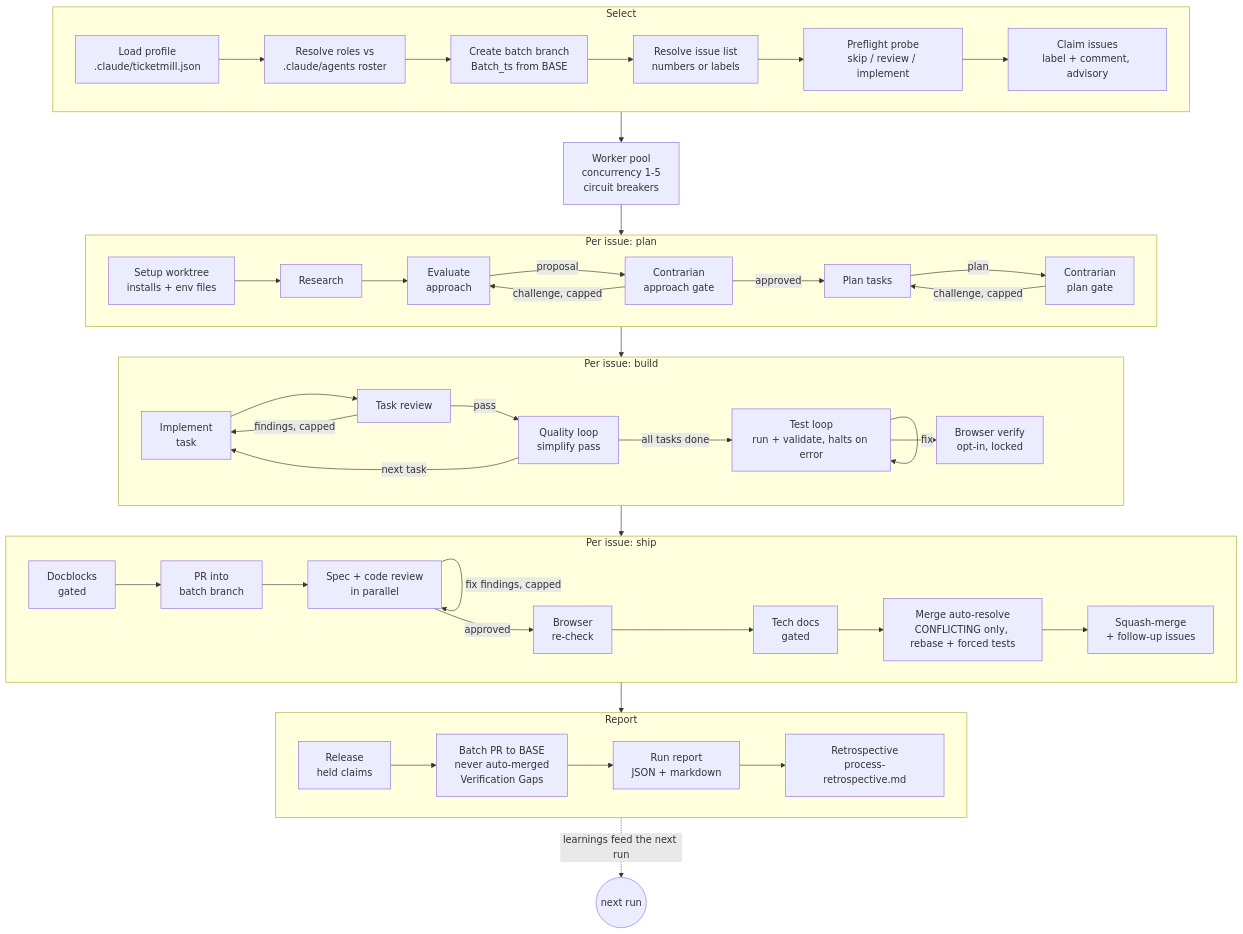
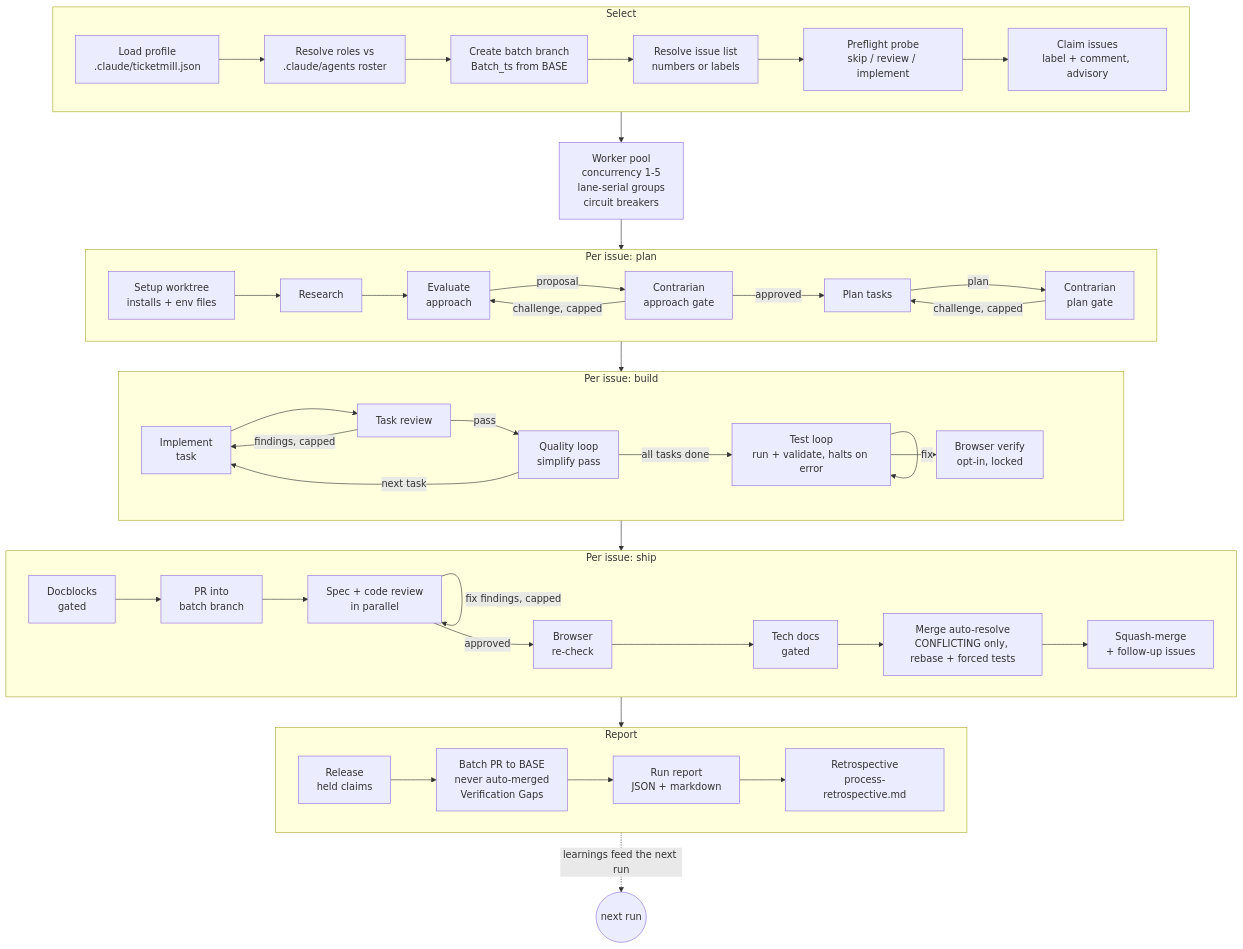
One commit to aaddrick/ticketmill changed the diagram in docs/ARCHITECTURE.md. Above: the diagram before and after it, drawn with Mermaid. The commit also changed other lines of this file and 7 other files, not shown here.

````diff
--- a/docs/ARCHITECTURE.md
+++ b/docs/ARCHITECTURE.md
@@ -9,51 +9,51 @@
 ```mermaid
 flowchart TD
     subgraph SEL["Select"]
         direction LR
         P["Load profile<br/>.claude/ticketmill.json"] --> D["Resolve roles vs<br/>.claude/agents roster"] --> B["Create batch branch<br/>Batch_ts from BASE"] --> I["Resolve issue list<br/>numbers or labels"] --> F["Preflight probe<br/>skip / review / implement"] --> C["Claim issues<br/>label + comment, advisory"]
     end
 
-    SEL --> POOL["Worker pool<br/>concurrency 1-5<br/>circuit breakers"]
+    SEL --> POOL["Worker pool<br/>concurrency 1-5<br/>lane-serial groups<br/>circuit breakers"]
     POOL --> PLAN
 
     subgraph PLAN["Per issue: plan"]
         direction LR
         S["Setup worktree<br/>installs + env files"] --> R["Research"] --> E["Evaluate<br/>approach"]
         E -->|proposal| CA["Contrarian<br/>approach gate"]
         CA -->|"challenge, capped"| E
         CA -->|approved| PL["Plan tasks"]
         PL -->|plan| CP["Contrarian<br/>plan gate"]
         CP -->|"challenge, capped"| PL
     end
 
     PLAN --> BUILD
 
     subgraph BUILD["Per issue: build"]
         direction LR
         IM["Implement<br/>task"] --> TR["Task review"]
         TR -->|"findings, capped"| IM
         TR -->|pass| QL["Quality loop<br/>simplify pass"]
         QL -->|"next task"| IM
         QL -->|"all tasks done"| TL["Test loop<br/>run + validate, halts on error"]
         TL -->|fix| TL
         TL --> BW["Browser verify<br/>opt-in, locked"]
     end
 
     BUILD --> SHIP
 
     subgraph SHIP["Per issue: ship"]
         direction LR
         DB["Docblocks<br/>gated"] --> PR["PR into<br/>batch branch"] --> RV["Spec + code review<br/>in parallel"]
         RV -->|"fix findings, capped"| RV
         RV -->|approved| BW2["Browser<br/>re-check"] --> TDOC["Tech docs<br/>gated"] --> MAR["Merge auto-resolve<br/>CONFLICTING only, rebase + forced tests"] --> MG["Squash-merge<br/>+ follow-up issues"]
     end
 
     SHIP --> REP
 
     subgraph REP["Report"]
         direction LR
         RL["Release<br/>held claims"] --> BP["Batch PR to BASE<br/>never auto-merged<br/>Verification Gaps"] --> RO["Run report<br/>JSON + markdown"] --> RT["Retrospective<br/>process-retrospective.md"]
     end
 
     REP -.->|"learnings feed the next run"| NEXT(("next run"))
 ```
````
